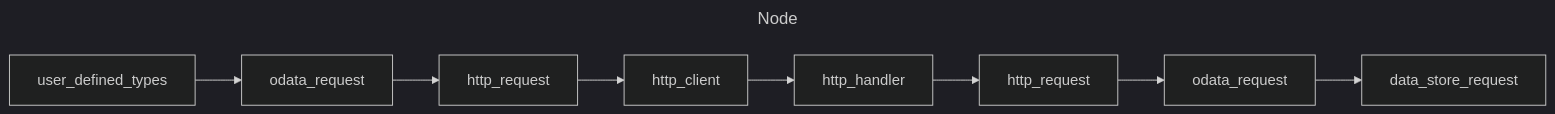
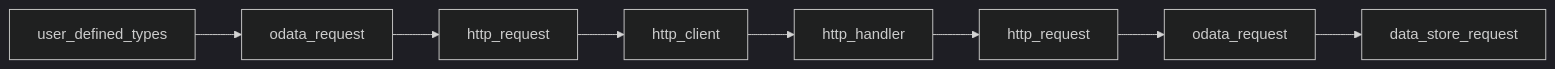
One commit to OData/odata.net changed the first of 3 diagrams in docs/architecture.md. Above: the diagram before and after it, drawn with Mermaid (dark theme).

````diff
--- a/docs/architecture.md
+++ b/docs/architecture.md
@@ -221,21 +221,21 @@
 ```mermaid
 ---
-title: Node
+title:
 ---
 flowchart LR
     user_defined_types
     odata_request1[odata_request]
     http_request1[http_request]
     http_client
     http_handler
     http_request2[http_request]
     odata_request2[odata_request]
     data_store_request
     user_defined_types --> odata_request1
     odata_request1 --> http_request1
     http_request1 --> http_client
     http_client --> http_handler
     http_handler --> http_request2
     http_request2 --> odata_request2
     odata_request2 --> data_store_request
 ```
````
